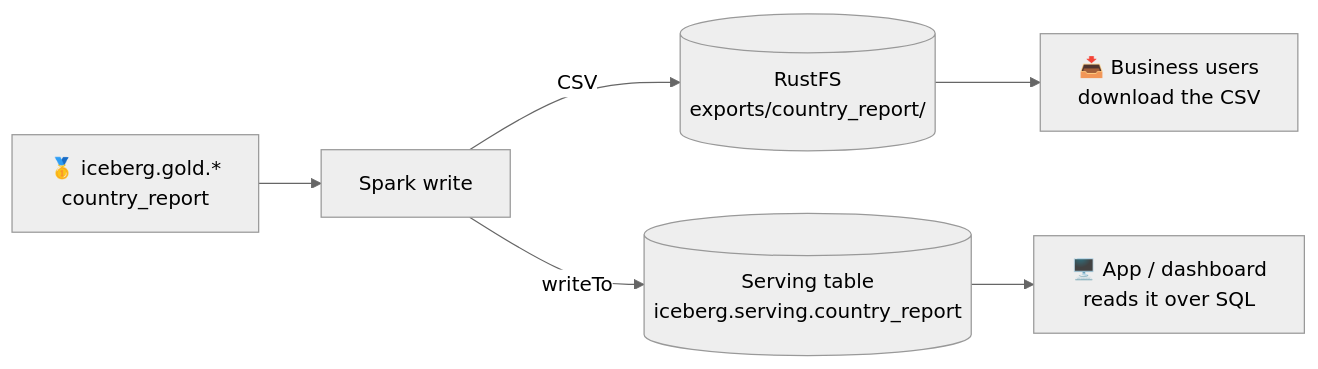
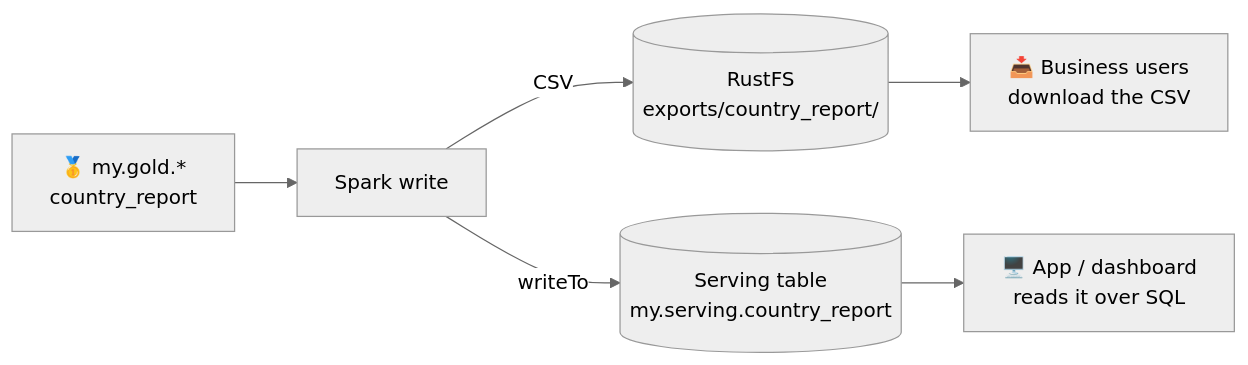
One commit to maarthala/data-engineering-lab changed the diagram in training/docs/recipes/reverse-etl.md. Above: the diagram before and after it, drawn with Mermaid (neutral theme). The commit also changed other lines of this file and 55 other files, not shown here.

````diff
--- a/training/docs/recipes/reverse-etl.md
+++ b/training/docs/recipes/reverse-etl.md
@@ -14,8 +14,8 @@
 ```mermaid
 flowchart LR
-  G["🥇 iceberg.gold.*<br/>country_report"] --> RE[Spark write]
+  G["🥇 my.gold.*<br/>country_report"] --> RE[Spark write]
   RE -->|CSV| S3[(RustFS<br/>exports/country_report/)]
-  RE -->|writeTo| ST[(Serving table<br/>iceberg.serving.country_report)]
+  RE -->|writeTo| ST[(Serving table<br/>my.serving.country_report)]
   S3 --> BU[📥 Business users<br/>download the CSV]
   ST --> APP[🖥️ App / dashboard<br/>reads it over SQL]
 ```
````
